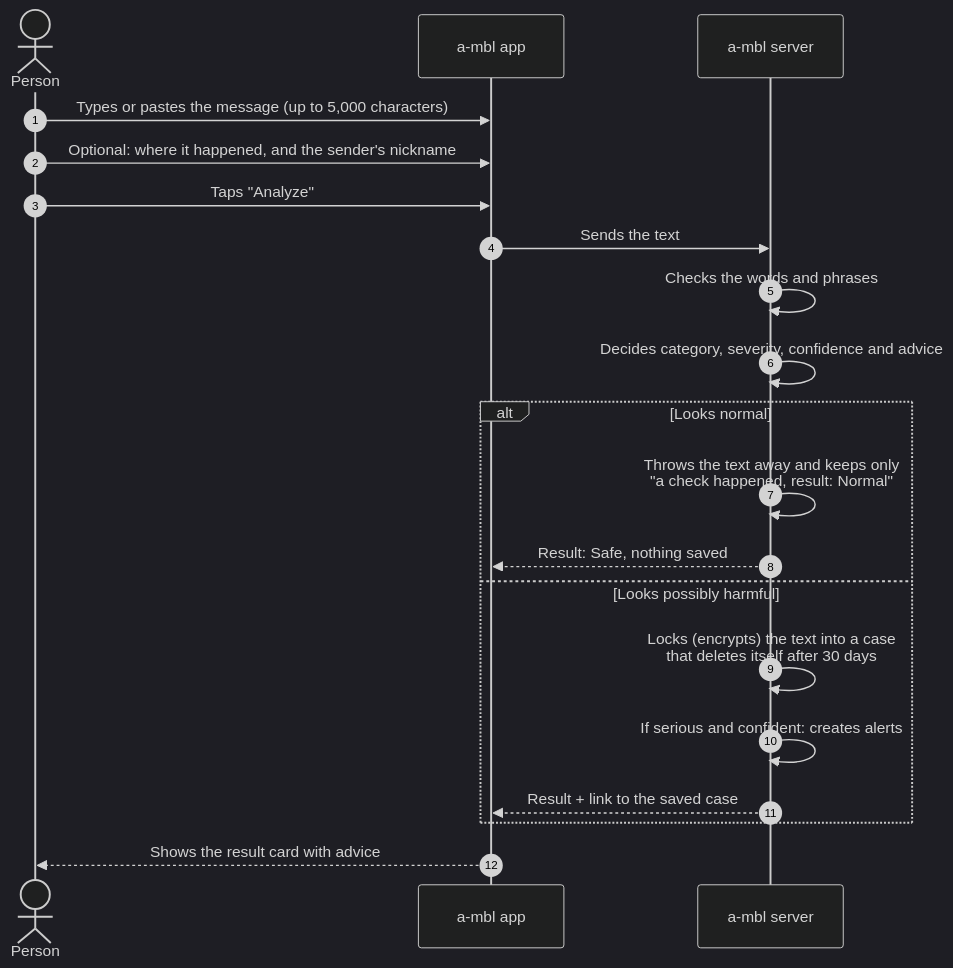
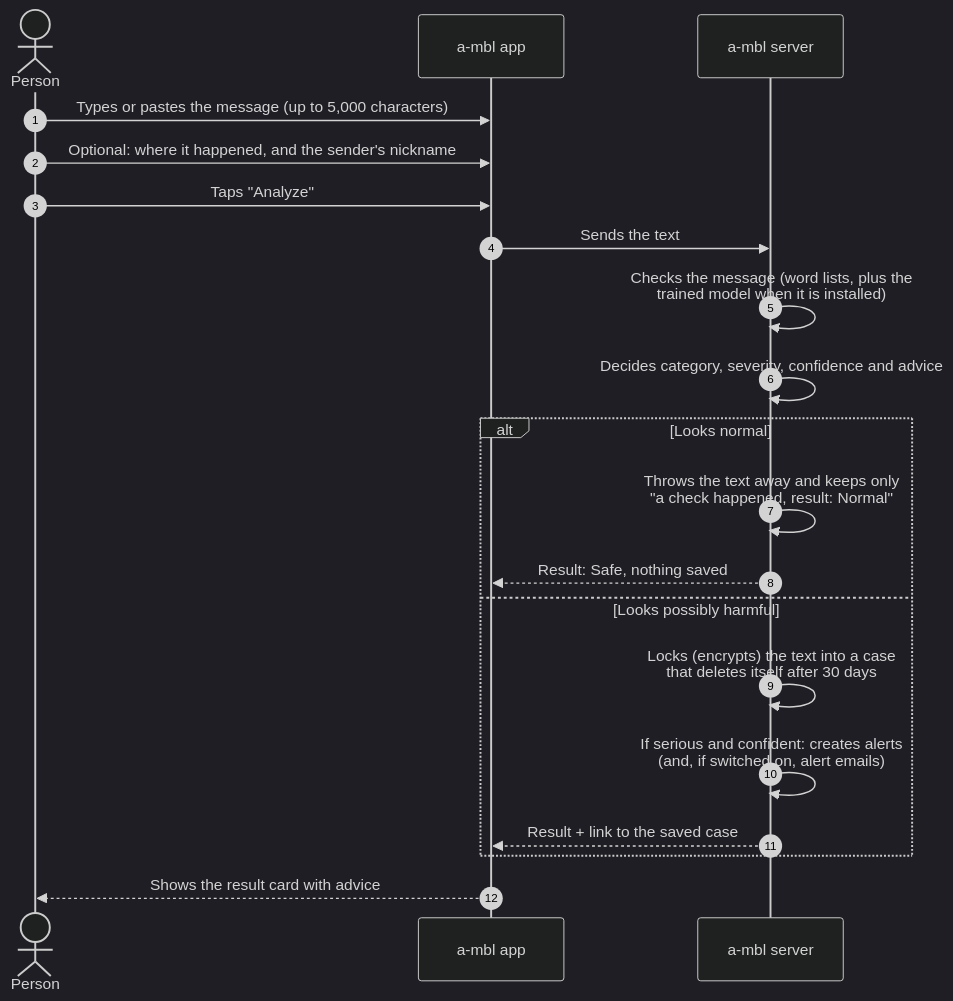
The fifth of 13 diagrams in CLIENT_GUIDE.md (abdullah956/a-mbl), drawn with Mermaid (dark theme) before and after one commit. The commit also changed other lines of this file and 12 other files, not shown here.

````diff
--- a/CLIENT_GUIDE.md
+++ b/CLIENT_GUIDE.md
@@ -235,22 +240,22 @@
 ```mermaid
 sequenceDiagram
     autonumber
     actor P as Person
     participant A as a-mbl app
     participant S as a-mbl server
     P->>A: Types or pastes the message (up to 5,000 characters)
     P->>A: Optional: where it happened, and the sender's nickname
     P->>A: Taps "Analyze"
     A->>S: Sends the text
-    S->>S: Checks the words and phrases
+    S->>S: Checks the message (word lists, plus the<br/>trained model when it is installed)
     S->>S: Decides category, severity, confidence and advice
     alt Looks normal
         S->>S: Throws the text away and keeps only<br/>"a check happened, result: Normal"
         S-->>A: Result: Safe, nothing saved
     else Looks possibly harmful
         S->>S: Locks (encrypts) the text into a case<br/>that deletes itself after 30 days
-        S->>S: If serious and confident: creates alerts
+        S->>S: If serious and confident: creates alerts<br/>(and, if switched on, alert emails)
         S-->>A: Result + link to the saved case
     end
     A-->>P: Shows the result card with advice
 ```
````
